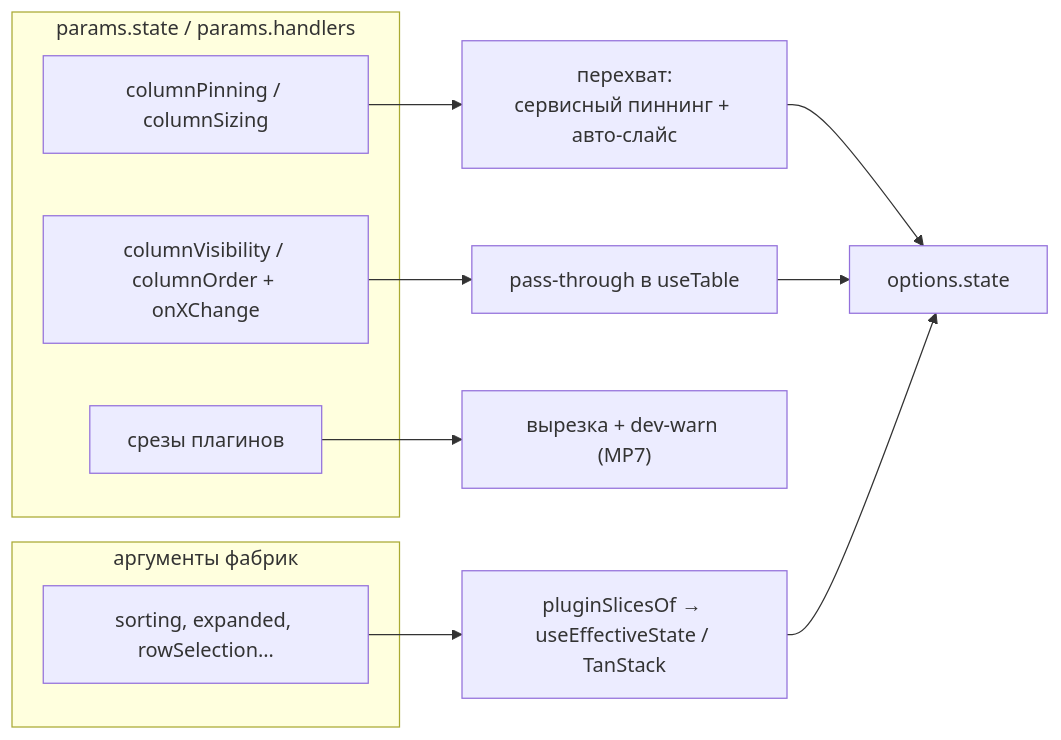
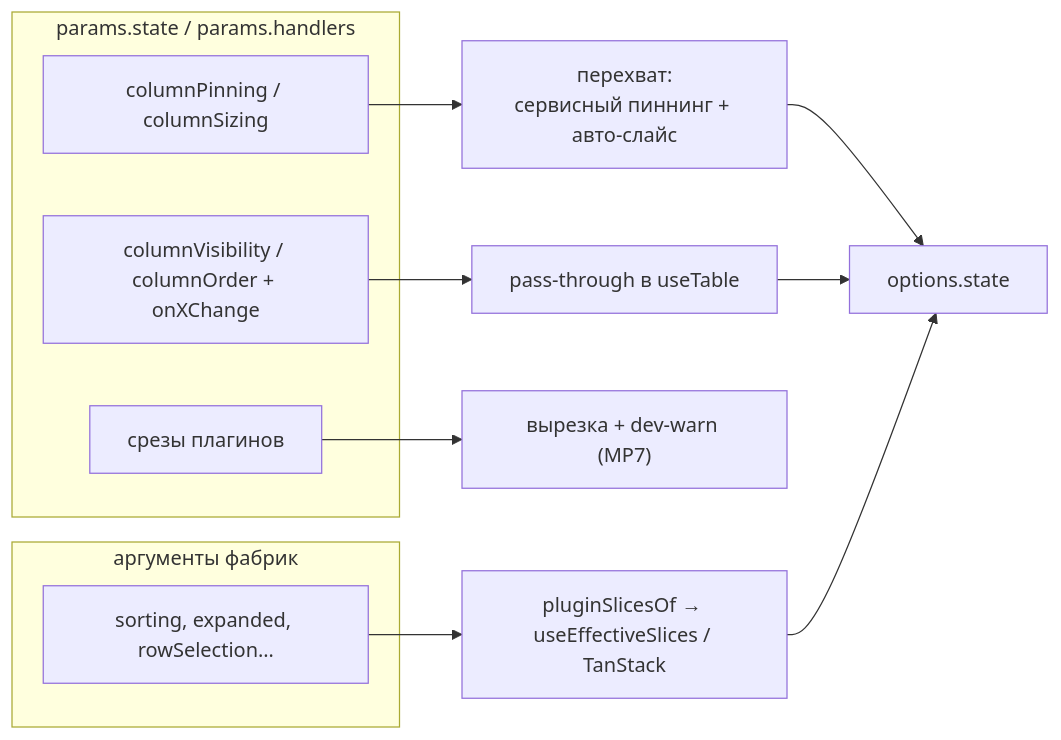
One commit to tessera-grid/tessera changed the second of 2 diagrams in docs/architecture/table-assembly.md. Above: the diagram before and after it, drawn with Mermaid. The commit also changed 28 other files, not shown here.

````diff
--- a/docs/architecture/table-assembly.md
+++ b/docs/architecture/table-assembly.md
@@ -84,18 +84,18 @@
 ```mermaid
 flowchart LR
     subgraph input["params.state / params.handlers"]
         P["columnPinning / columnSizing"]
         R["columnVisibility / columnOrder + onXChange"]
         F["срезы плагинов"]
     end
     subgraph args["аргументы фабрик"]
         S["sorting, expanded, rowSelection…"]
     end
     P --> CTRL["перехват:<br/>сервисный пиннинг + авто-слайс"]
     R --> PASS["pass-through в useTable"]
     F --> DROP["вырезка + dev-warn (MP7)"]
-    S --> SLICES["pluginSlicesOf → useEffectiveState / TanStack"]
+    S --> SLICES["pluginSlicesOf → useEffectiveSlices / TanStack"]
     CTRL --> MERGE["options.state"]
     PASS --> MERGE
     SLICES --> MERGE
 ```
````
